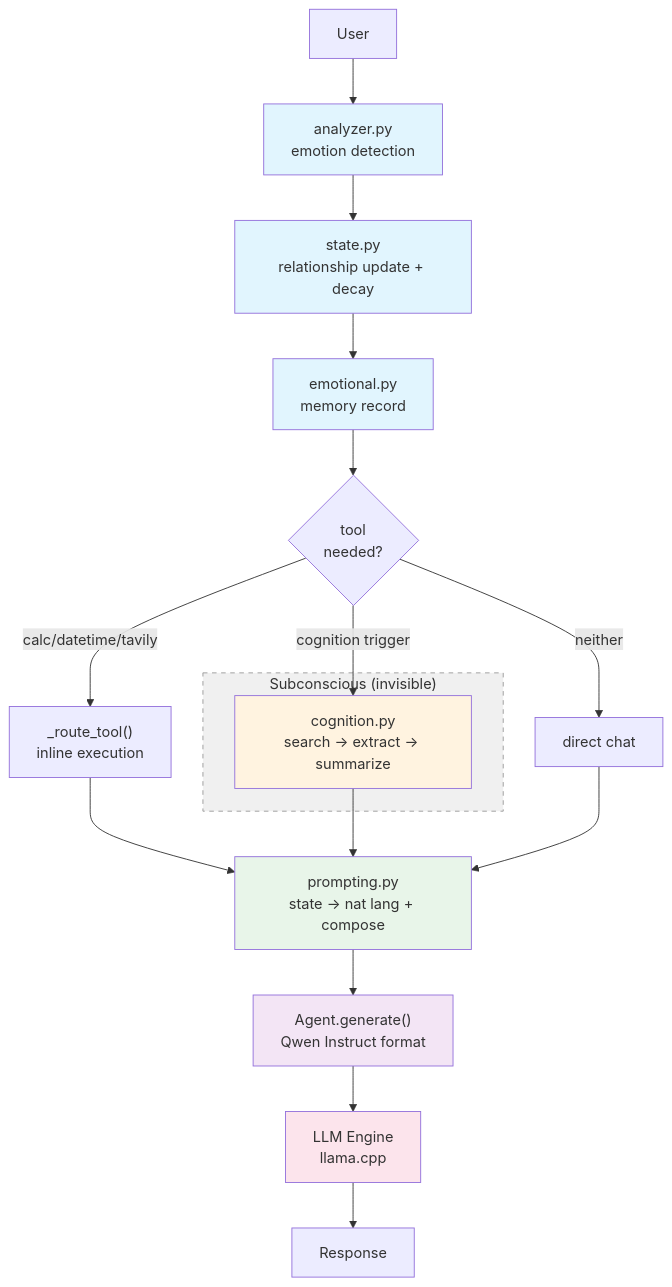
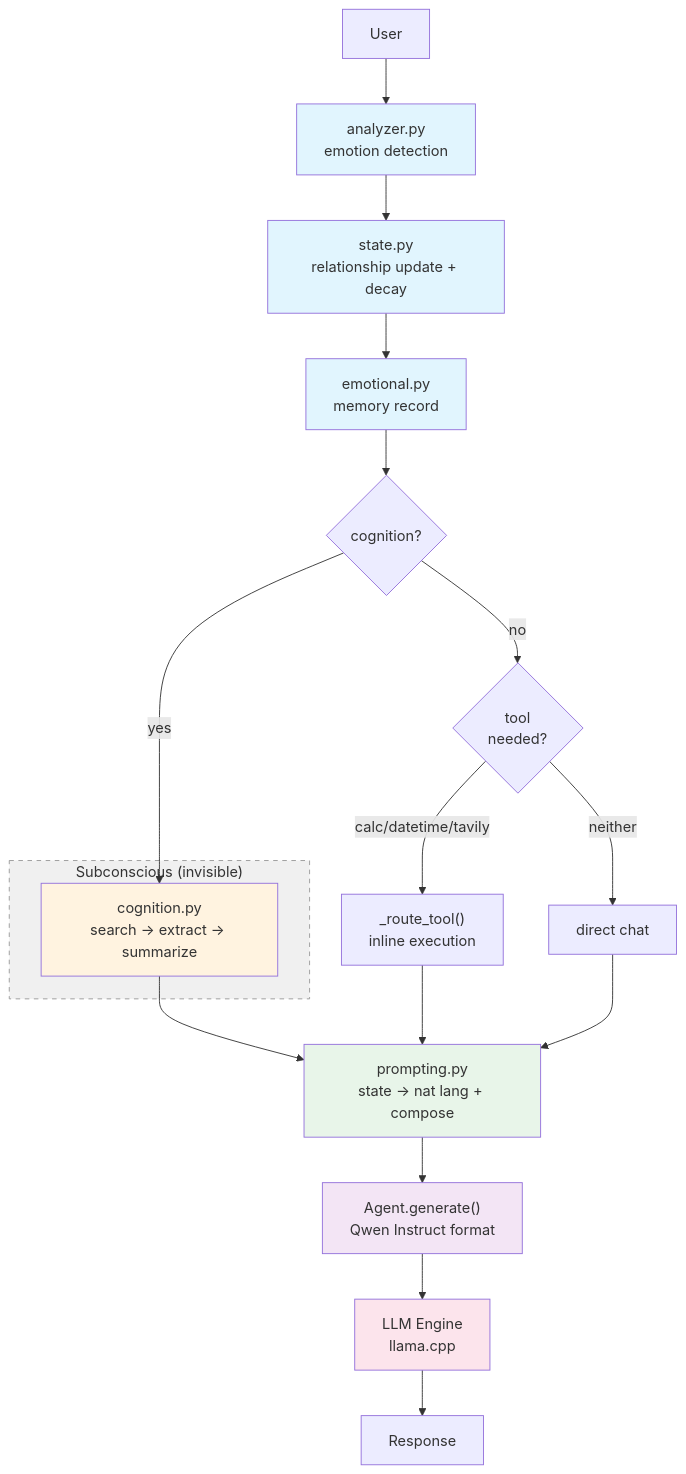
The diagram in README.md (suryardh/Veil-Core-Project), drawn with Mermaid before and after one commit. The commit also changed other lines of this file and 3 other files, not shown here.

````diff
--- a/README.md
+++ b/README.md
@@ -77,32 +78,33 @@
 ```mermaid
 flowchart TB
     User["User"] --> Analyzer["analyzer.py\nemotion detection"]
     Analyzer --> State["state.py\nrelationship update + decay"]
     State --> Emotional["emotional.py\nmemory record"]
 
-    Emotional --> Route{"tool\nneeded?"}
+    Emotional --> Dec{"cognition?"}
+    Dec -->|yes| Cognition["cognition.py\nsearch → extract → summarize"]
+    Dec -->|no| Route{"tool\nneeded?"}
     Route -->|calc/datetime/tavily| Tool["_route_tool()\ninline execution"]
-    Route -->|cognition trigger| Cognition["cognition.py\nsearch → extract → summarize"]
     Route -->|neither| Direct["direct chat"]
 
-    Tool --> Prompt["prompting.py\nstate → nat lang + compose"]
-    Cognition --> Prompt
+    Cognition --> Prompt["prompting.py\nstate → nat lang + compose"]
+    Tool --> Prompt
     Direct --> Prompt
 
     Prompt --> Agent["Agent.generate()\nQwen Instruct format"]
     Agent --> LLM["LLM Engine\nllama.cpp"]
     LLM --> Response["Response"]
 
     subgraph Subconscious["Subconscious (invisible)"]
         Cognition
     end
 
     style Subconscious fill:#f0f0f0,stroke:#999,stroke-dasharray:5 5
     style Analyzer fill:#e1f5fe
     style State fill:#e1f5fe
     style Emotional fill:#e1f5fe
     style Cognition fill:#fff3e0
     style Prompt fill:#e8f5e9
     style Agent fill:#f3e5f5
     style LLM fill:#fce4ec
 ```
````
